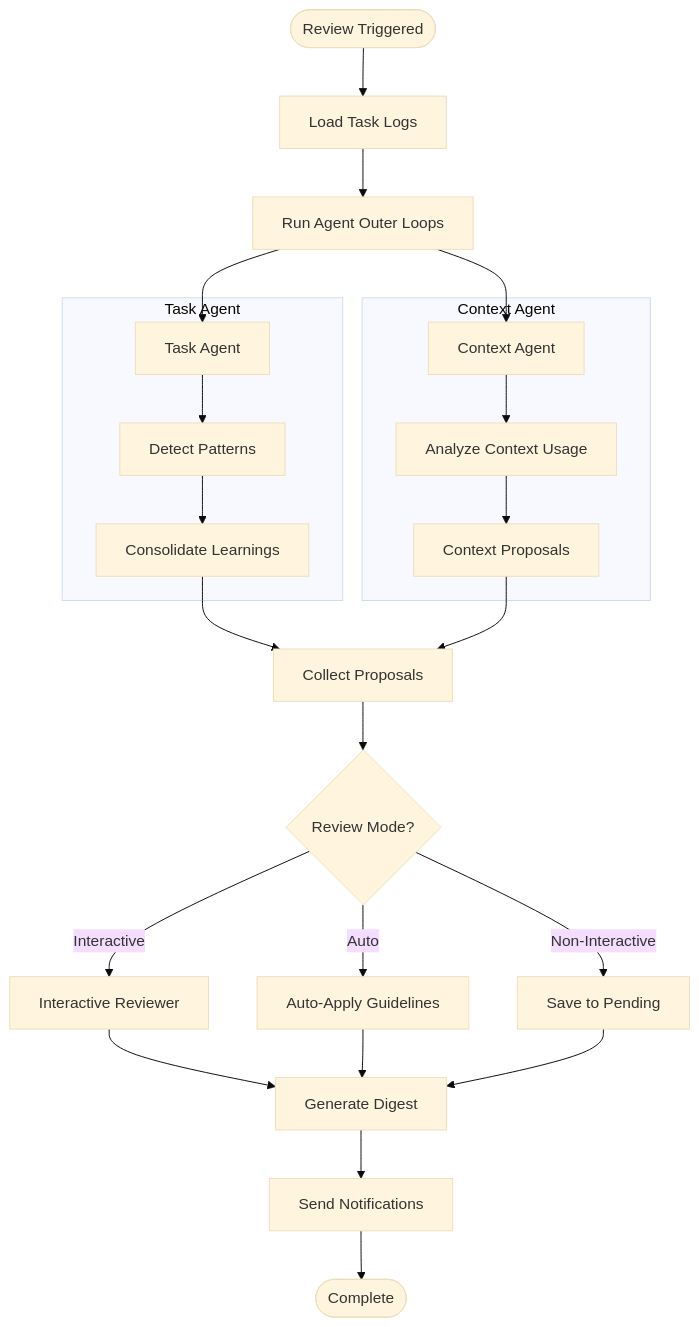
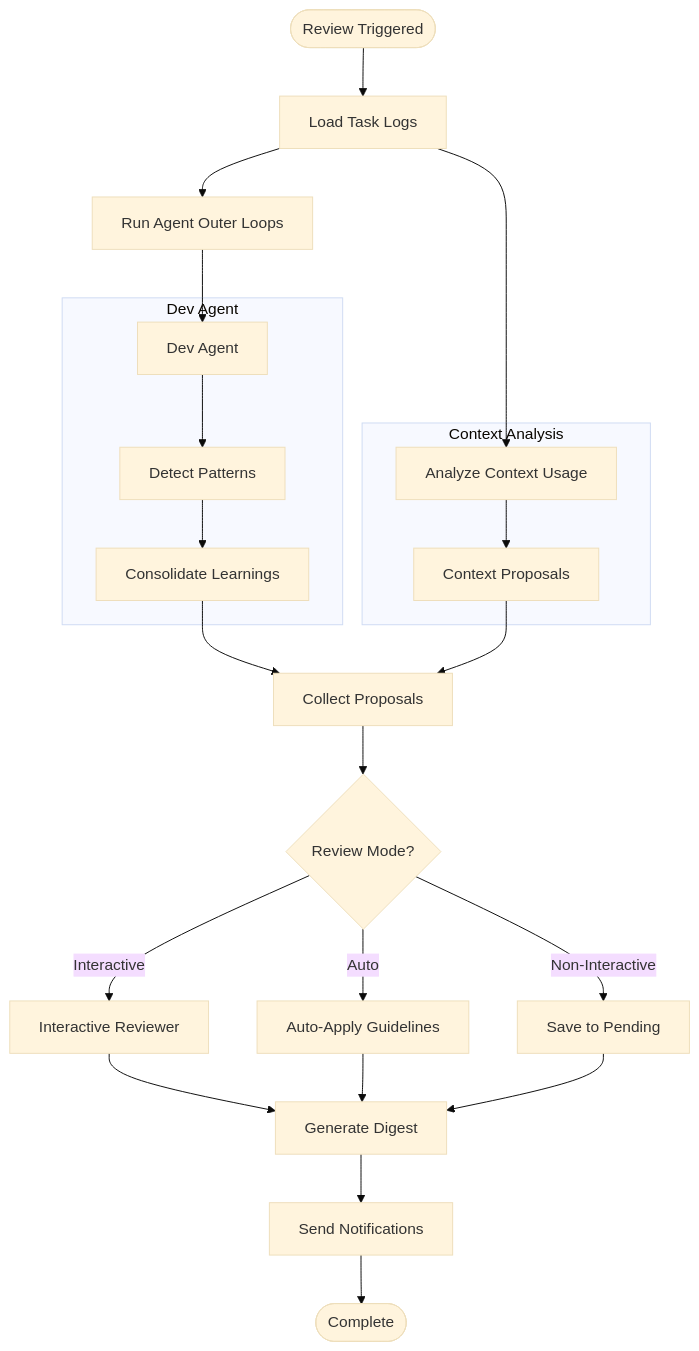
Before and after one commit to cymfg/ophan: the first of 19 diagrams in docs/outer-loop.md, drawn with Mermaid (base theme). The commit also changed other lines of this file and 43 other files, not shown here.

````diff
--- a/docs/outer-loop.md
+++ b/docs/outer-loop.md
@@ -7,34 +7,32 @@
 ```mermaid
 flowchart TB
     Start([Review Triggered]) --> Load[Load Task Logs]
     Load --> Agents[Run Agent Outer Loops]
-    Agents --> TA[Task Agent]
-    Agents --> CA[Context Agent]
-    TA --> Patterns[Detect Patterns]
-    CA --> CtxMetrics[Analyze Context Usage]
+    Agents --> DA[Dev Agent]
+    DA --> Patterns[Detect Patterns]
     Patterns --> Consolidate[Consolidate Learnings]
+    Load --> CtxMetrics[Analyze Context Usage]
     CtxMetrics --> CtxProposals[Context Proposals]
     Consolidate --> AllProposals[Collect Proposals]
     CtxProposals --> AllProposals
     AllProposals --> Review{Review Mode?}
     Review --> |"Interactive"| IR[Interactive Reviewer]
     Review --> |"Auto"| AutoApply[Auto-Apply Guidelines]
     Review --> |"Non-Interactive"| Pending[Save to Pending]
     IR --> Digest[Generate Digest]
     AutoApply --> Digest
     Pending --> Digest
     Digest --> Notify[Send Notifications]
     Notify --> Done([Complete])
 
-    subgraph "Task Agent"
-        TA
+    subgraph "Dev Agent"
+        DA
         Patterns
         Consolidate
     end
 
-    subgraph "Context Agent"
-        CA
+    subgraph "Context Analysis"
         CtxMetrics
         CtxProposals
     end
 ```
````
